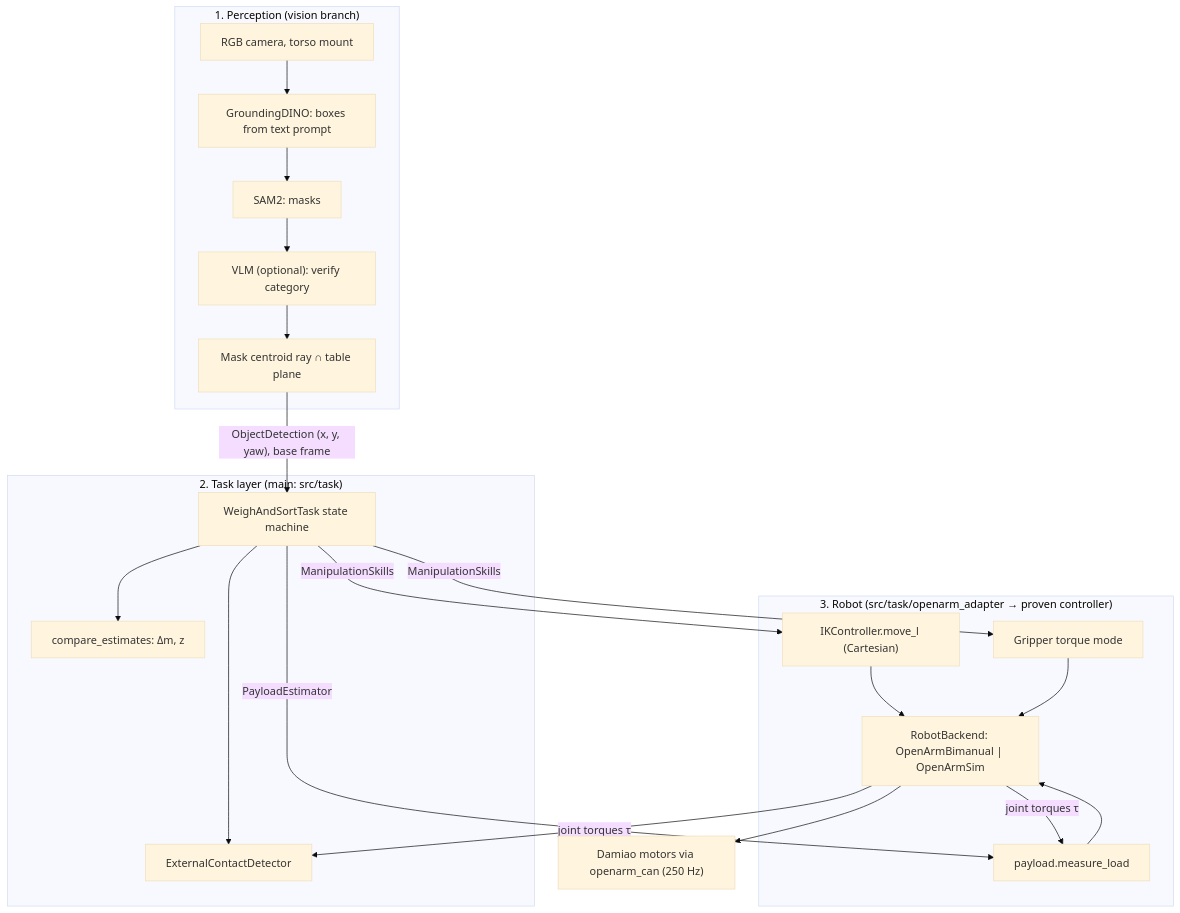
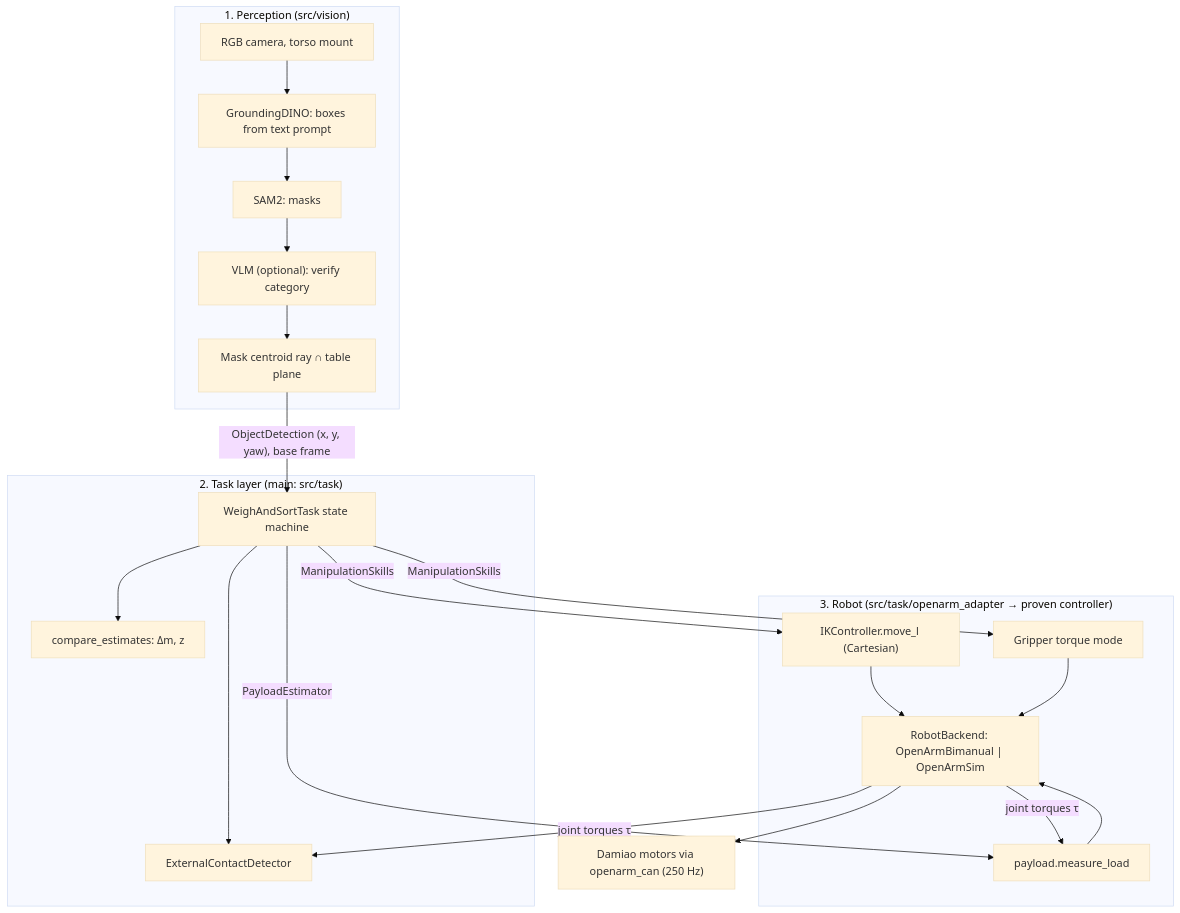
The diagram in docs/architecture.md (pietrodardano/OpenARM_FR3_UR5e), drawn with Mermaid (base theme) before and after one commit. The commit also changed other lines of this file and 32 other files, not shown here.

````diff
--- a/docs/architecture.md
+++ b/docs/architecture.md
@@ -9,34 +9,34 @@
 ```mermaid
 graph TD
-    subgraph Perception ["1. Perception (vision branch)"]
+    subgraph Perception ["1. Perception (src/vision)"]
         Cam["RGB camera, torso mount"]
         DINO["GroundingDINO: boxes from text prompt"]
         SAM["SAM2: masks"]
         VLM["VLM (optional): verify category"]
         Proj["Mask centroid ray ∩ table plane"]
         Cam --> DINO --> SAM --> VLM --> Proj
     end
 
     subgraph Task ["2. Task layer (main: src/task)"]
         FSM["WeighAndSortTask state machine"]
         Cmp["compare_estimates: Δm, z"]
         Contact["ExternalContactDetector"]
         Proj -- "ObjectDetection (x, y, yaw), base frame" --> FSM
         FSM --> Cmp
         FSM --> Contact
     end
 
     subgraph Robot ["3. Robot (src/task/openarm_adapter → proven controller)"]
         IK["IKController.move_l (Cartesian)"]
         Grip["Gripper torque mode"]
         Payload["payload.measure_load"]
         Backend["RobotBackend: OpenArmBimanual | OpenArmSim"]
         FSM -- "ManipulationSkills" --> IK --> Backend
         FSM -- "ManipulationSkills" --> Grip --> Backend
         FSM -- "PayloadEstimator" --> Payload --> Backend
         Backend -- "joint torques τ" --> Payload
         Backend -- "joint torques τ" --> Contact
     end
 
     Backend --> HW["Damiao motors via openarm_can (250 Hz)"]
 ```
````
